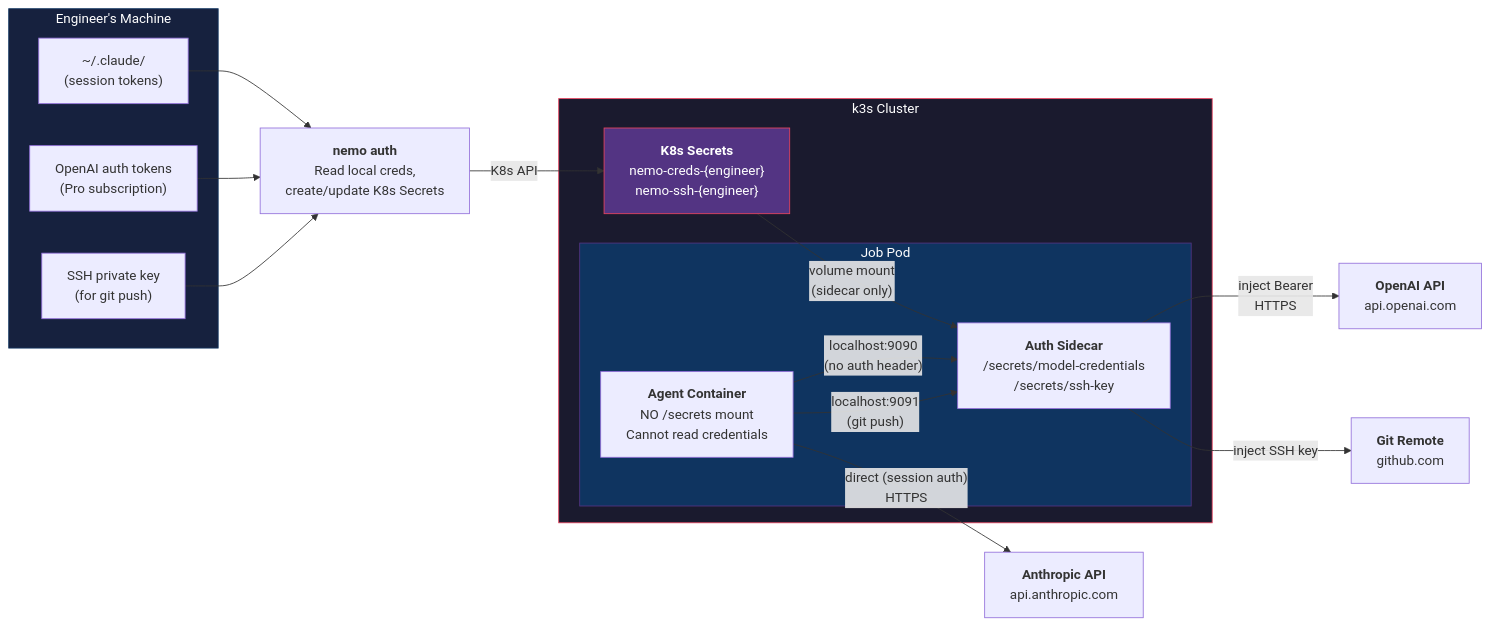
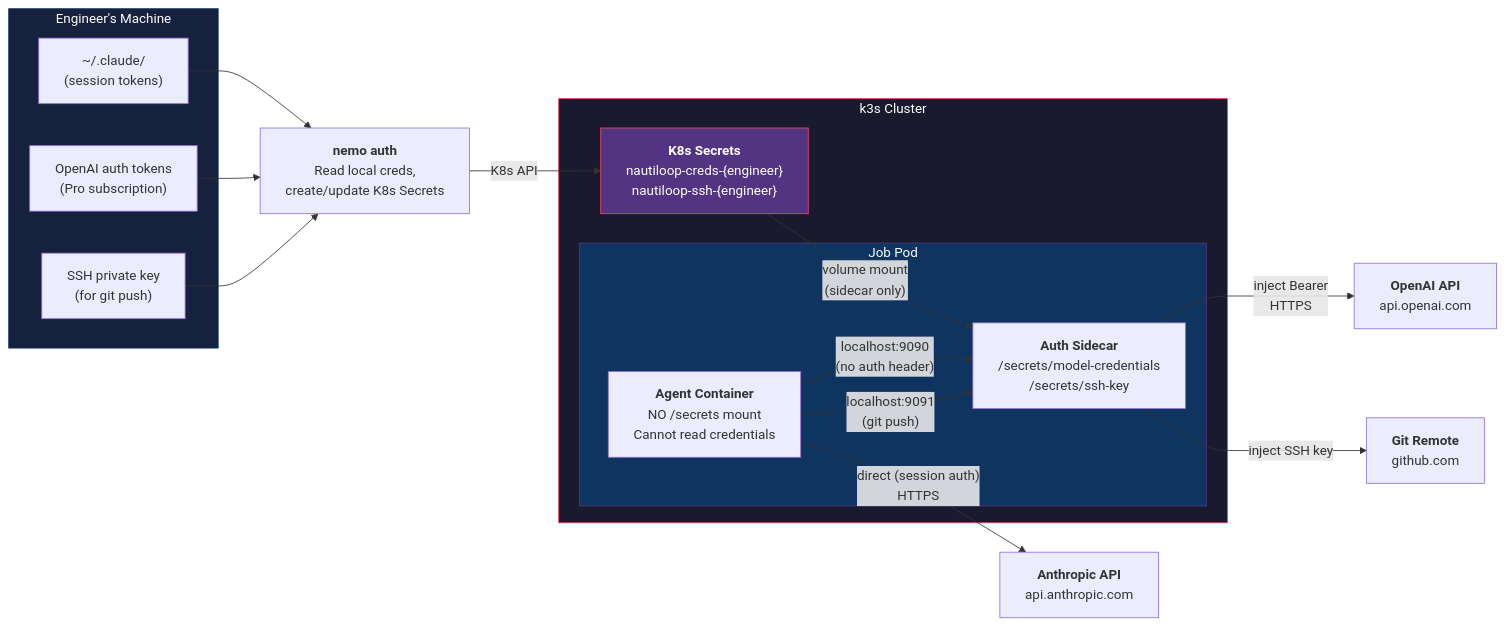
The eighth of 12 diagrams in docs/architecture-diagrams.md (tinkrtailor/nemo), drawn with Mermaid before and after one commit. The commit also changed other lines of this file and 57 other files, not shown here.

First line of the commit message:
refactor: rebrand nemo → nautiloop (#30)

````diff
--- a/docs/architecture-diagrams.md
+++ b/docs/architecture-diagrams.md
@@ -407,39 +407,39 @@
 ```mermaid
 graph LR
     subgraph Machine["Engineer's Machine"]
         CLAUDE["~/.claude/<br/>(session tokens)"]
         OPENAI["OpenAI auth tokens<br/>(Pro subscription)"]
         SSH["SSH private key<br/>(for git push)"]
     end
 
     AUTH_CMD["<b>nemo auth</b><br/>Read local creds,<br/>create/update K8s Secrets"]
 
     CLAUDE --> AUTH_CMD
     OPENAI --> AUTH_CMD
     SSH --> AUTH_CMD
 
     AUTH_CMD -->|"K8s API"| SECRETS
 
     subgraph Cluster["k3s Cluster"]
-        SECRETS["<b>K8s Secrets</b><br/>nemo-creds-{engineer}<br/>nemo-ssh-{engineer}"]
+        SECRETS["<b>K8s Secrets</b><br/>nautiloop-creds-{engineer}<br/>nautiloop-ssh-{engineer}"]
 
         subgraph JobPod["Job Pod"]
             AGENT["<b>Agent Container</b><br/>NO /secrets mount<br/>Cannot read credentials"]
             SIDECAR["<b>Auth Sidecar</b><br/>/secrets/model-credentials<br/>/secrets/ssh-key"]
         end
     end
 
     SECRETS -->|"volume mount<br/>(sidecar only)"| SIDECAR
 
     AGENT -->|"localhost:9090<br/>(no auth header)"| SIDECAR
     AGENT -->|"localhost:9091<br/>(git push)"| SIDECAR
 
     AGENT -->|"direct (session auth)<br/>HTTPS"| Anthropic2["<b>Anthropic API</b><br/>api.anthropic.com"]
     SIDECAR -->|"inject Bearer<br/>HTTPS"| OpenAI2["<b>OpenAI API</b><br/>api.openai.com"]
     SIDECAR -->|"inject SSH key"| GitRemote["<b>Git Remote</b><br/>github.com"]
 
     style Machine fill:#16213e,stroke:#0f3460,color:#fff
     style Cluster fill:#1a1a2e,stroke:#e94560,color:#fff
     style JobPod fill:#0f3460,stroke:#533483,color:#fff
     style SECRETS fill:#533483,stroke:#e94560,color:#fff
 ```
````
